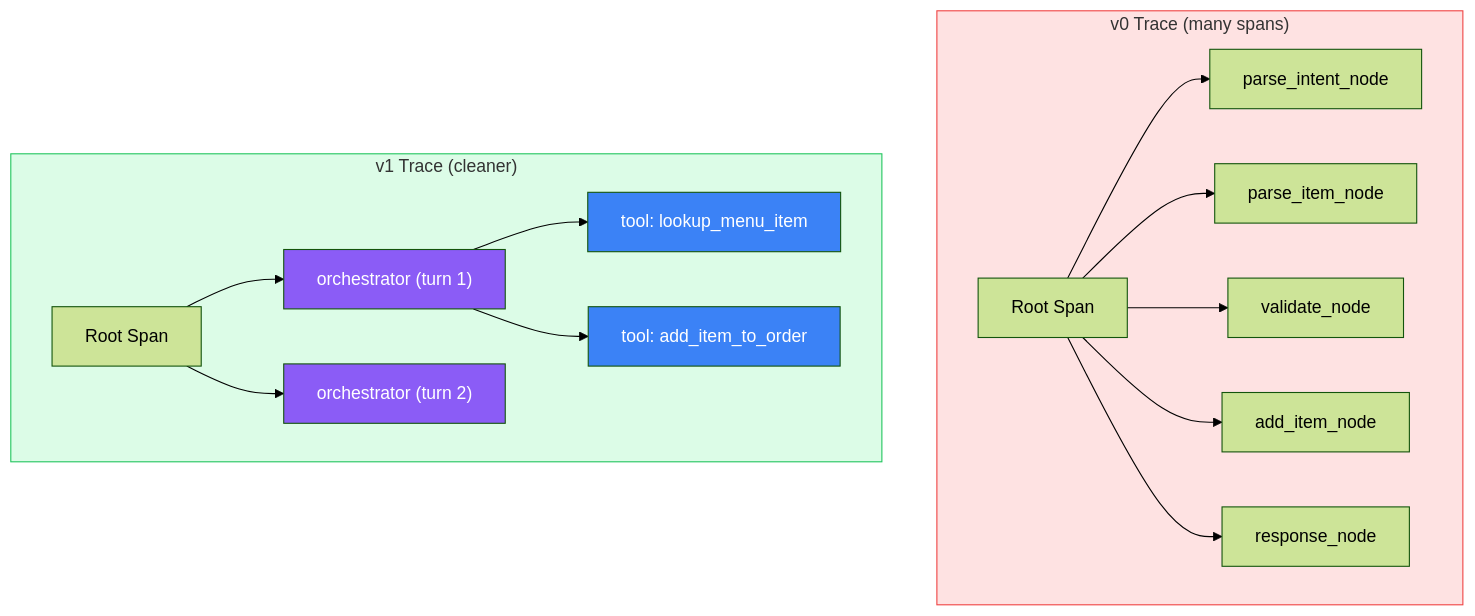
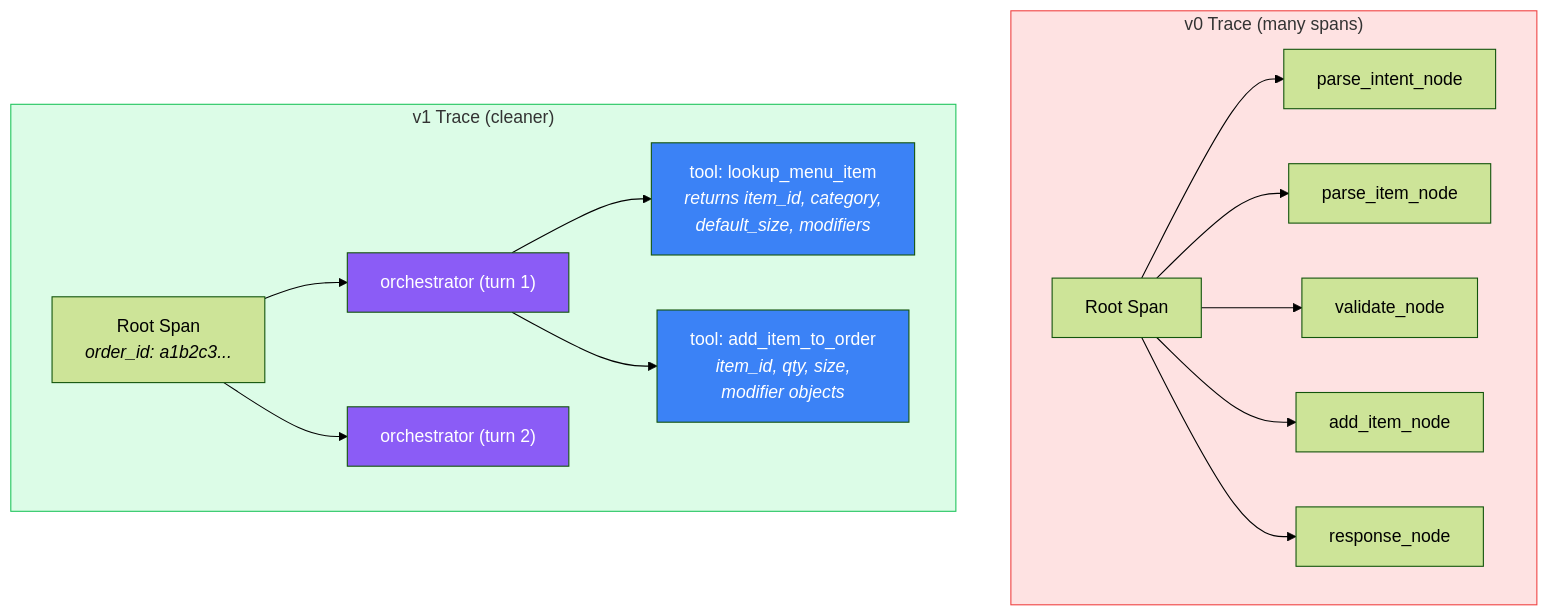
Before and after one commit to seanreed1111/mcdonalds-drive-thru-bot: diagram 11 of 12 in docs/thoughts/target-implementation/v1/langgraph-state-diagrams-v1.md, drawn with Mermaid (forest theme). The commit also changed other lines of this file and 3 other files, not shown here.

Commit message:
adds more planning docs about state persistence. also adds Order.__add__ to add order to item

````diff
--- a/docs/thoughts/target-implementation/v1/langgraph-state-diagrams-v1.md
+++ b/docs/thoughts/target-implementation/v1/langgraph-state-diagrams-v1.md
@@ -423,37 +498,37 @@
 ```mermaid
 flowchart TB
     subgraph v0_trace["v0 Trace (many spans)"]
         v0_root["Root Span"]
         v0_parse["parse_intent_node"]
         v0_item["parse_item_node"]
         v0_validate["validate_node"]
         v0_add["add_item_node"]
         v0_response["response_node"]
 
         v0_root --> v0_parse
         v0_root --> v0_item
         v0_root --> v0_validate
         v0_root --> v0_add
         v0_root --> v0_response
     end
 
     subgraph v1_trace["v1 Trace (cleaner)"]
-        v1_root["Root Span"]
+        v1_root["Root Span<br/><i>order_id: a1b2c3...</i>"]
         v1_orch1["orchestrator (turn 1)"]
-        v1_lookup["tool: lookup_menu_item"]
-        v1_add_tool["tool: add_item_to_order"]
+        v1_lookup["tool: lookup_menu_item<br/><i>returns item_id, category,<br/>default_size, modifiers</i>"]
+        v1_add_tool["tool: add_item_to_order<br/><i>item_id, qty, size,<br/>modifier objects</i>"]
         v1_orch2["orchestrator (turn 2)"]
 
         v1_root --> v1_orch1
         v1_orch1 --> v1_lookup
         v1_orch1 --> v1_add_tool
         v1_root --> v1_orch2
     end
 
     style v0_trace fill:#fee2e2,stroke:#ef4444
     style v1_trace fill:#dcfce7,stroke:#22c55e
     style v1_orch1 fill:#8b5cf6,color:#fff
     style v1_orch2 fill:#8b5cf6,color:#fff
     style v1_lookup fill:#3b82f6,color:#fff
     style v1_add_tool fill:#3b82f6,color:#fff
 ```
````
